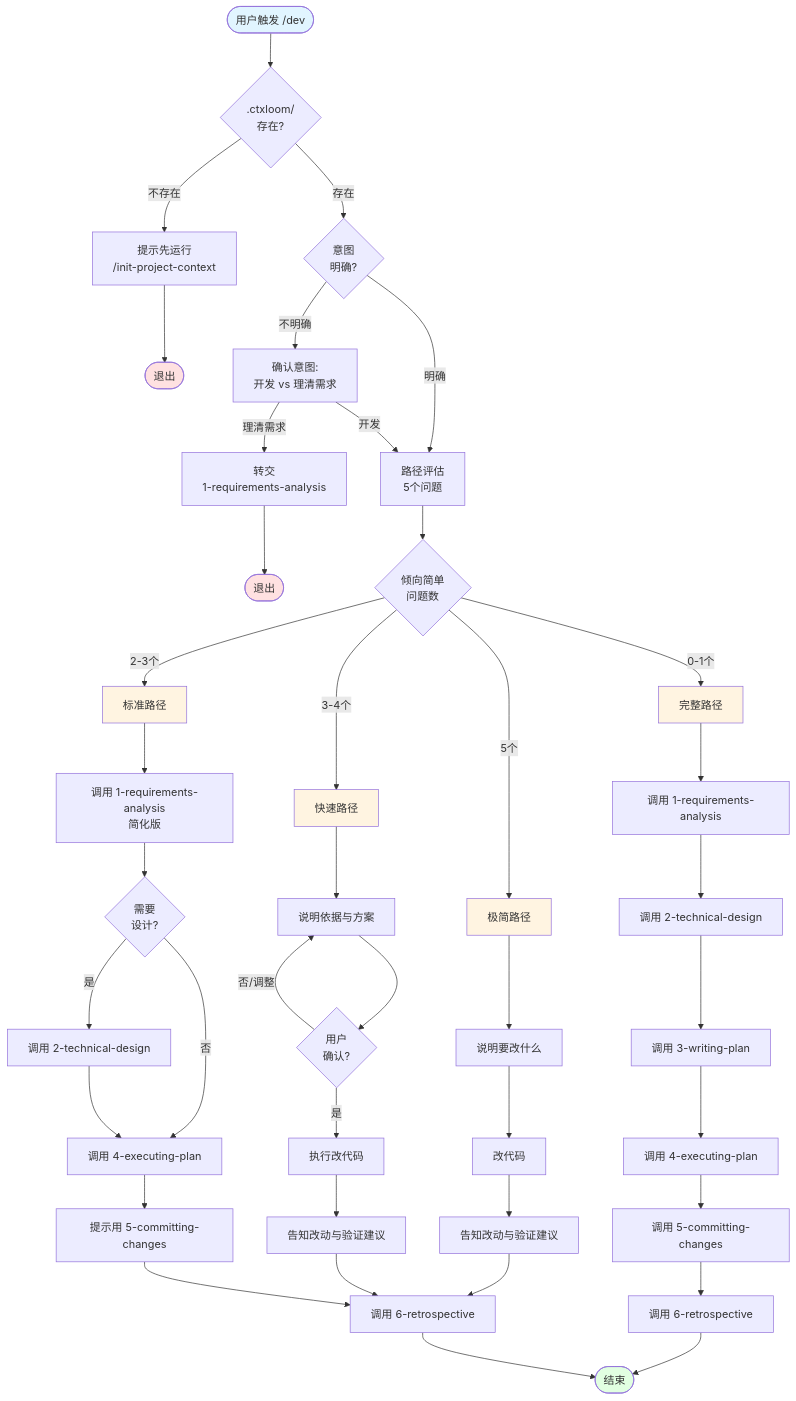
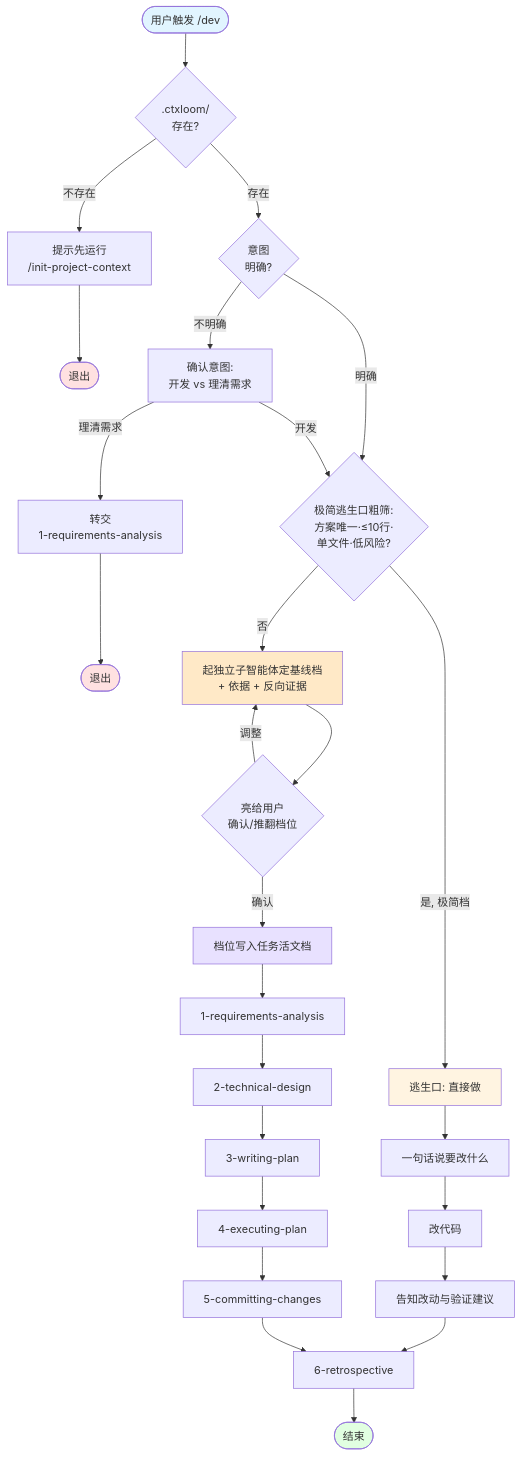
One commit to lihu-001/ctxloom changed the diagram in plugins/ctxloom/skills/dev/SKILL.md. Above: the diagram before and after it, drawn with Mermaid. The commit also changed other lines of this file and 9 other files, not shown here.

````diff
--- a/plugins/ctxloom/skills/dev/SKILL.md
+++ b/plugins/ctxloom/skills/dev/SKILL.md
@@ -14,63 +14,45 @@
 ```mermaid
 flowchart TD
     Start([用户触发 /dev]) --> CheckCtx{.ctxloom/<br/>存在?}
-    
+
     CheckCtx -->|不存在| Stop1[提示先运行<br/>/init-project-context]
     Stop1 --> End1([退出])
-    
+
     CheckCtx -->|存在| CheckIntent{意图<br/>明确?}
-    
-    CheckIntent -->|明确| Evaluate[路径评估<br/>5个问题]
+
+    CheckIntent -->|明确| Triv
     CheckIntent -->|不明确| Confirm[确认意图:<br/>开发 vs 理清需求]
-    
+
     Confirm -->|理清需求| Req[转交<br/>1-requirements-analysis]
     Req --> End2([退出])
-    
-    Confirm -->|开发| Evaluate
-    
-    Evaluate --> Decision{倾向简单<br/>问题数}
-    
-    Decision -->|5个| Minimal[极简路径]
-    Decision -->|3-4个| Fast[快速路径]
-    Decision -->|2-3个| Standard[标准路径]
-    Decision -->|0-1个| Full[完整路径]
-    
-    Minimal --> M1[说明要改什么]
+
+    Confirm -->|开发| Triv{极简逃生口粗筛:<br/>方案唯一·≤10行·<br/>单文件·低风险?}
+
+    Triv -->|是, 极简档| Mini[逃生口: 直接做]
+    Mini --> M1[一句话说要改什么]
     M1 --> M2[改代码]
     M2 --> M3[告知改动与验证建议]
     M3 --> Retro
-    
-    Fast --> F1[说明依据与方案]
-    F1 --> F2{用户<br/>确认?}
-    F2 -->|否/调整| F1
-    F2 -->|是| F3[执行改代码]
-    F3 --> F4[告知改动与验证建议]
-    F4 --> Retro
-    
-    Standard --> S1[调用 1-requirements-analysis<br/>简化版]
-    S1 --> S2{需要<br/>设计?}
-    S2 -->|是| S3[调用 2-technical-design]
-    S2 -->|否| S4[调用 4-executing-plan]
-    S3 --> S4
-    S4 --> S5[提示用 5-committing-changes]
-    S5 --> Retro
-    
-    Full --> L1[调用 1-requirements-analysis]
-    L1 --> L2[调用 2-technical-design]
-    L2 --> L3[调用 3-writing-plan]
-    L3 --> L4[调用 4-executing-plan]
-    L4 --> L5[调用 5-committing-changes]
-    L5 --> L6[调用 6-retrospective]
-    L6 --> End3([结束])
-    
-    Retro[调用 6-retrospective] --> End3
-    
+
+    Triv -->|否| Grade[起独立子智能体定基线档<br/>+ 依据 + 反向证据]
+    Grade --> Confirm2{亮给用户<br/>确认/推翻档位}
+    Confirm2 -->|调整| Grade
+    Confirm2 -->|确认| WriteDoc[档位写入任务活文档]
+
+    WriteDoc --> L1[1-requirements-analysis]
+    L1 --> L2[2-technical-design]
+    L2 --> L3[3-writing-plan]
+    L3 --> L4[4-executing-plan]
+    L4 --> L5[5-committing-changes]
+    L5 --> Retro
+
+    Retro[6-retrospective] --> End3([结束])
+
     style Start fill:#e1f5ff
     style End1 fill:#ffe1e1
     style End2 fill:#ffe1e1
     style End3 fill:#e1ffe1
-    style Minimal fill:#fff4e1
-    style Fast fill:#fff4e1
-    style Standard fill:#fff4e1
-    style Full fill:#fff4e1
+    style Mini fill:#fff4e1
+    style Grade fill:#ffe9c7
+    style WriteDoc fill:#e8e1ff
 ```
````
